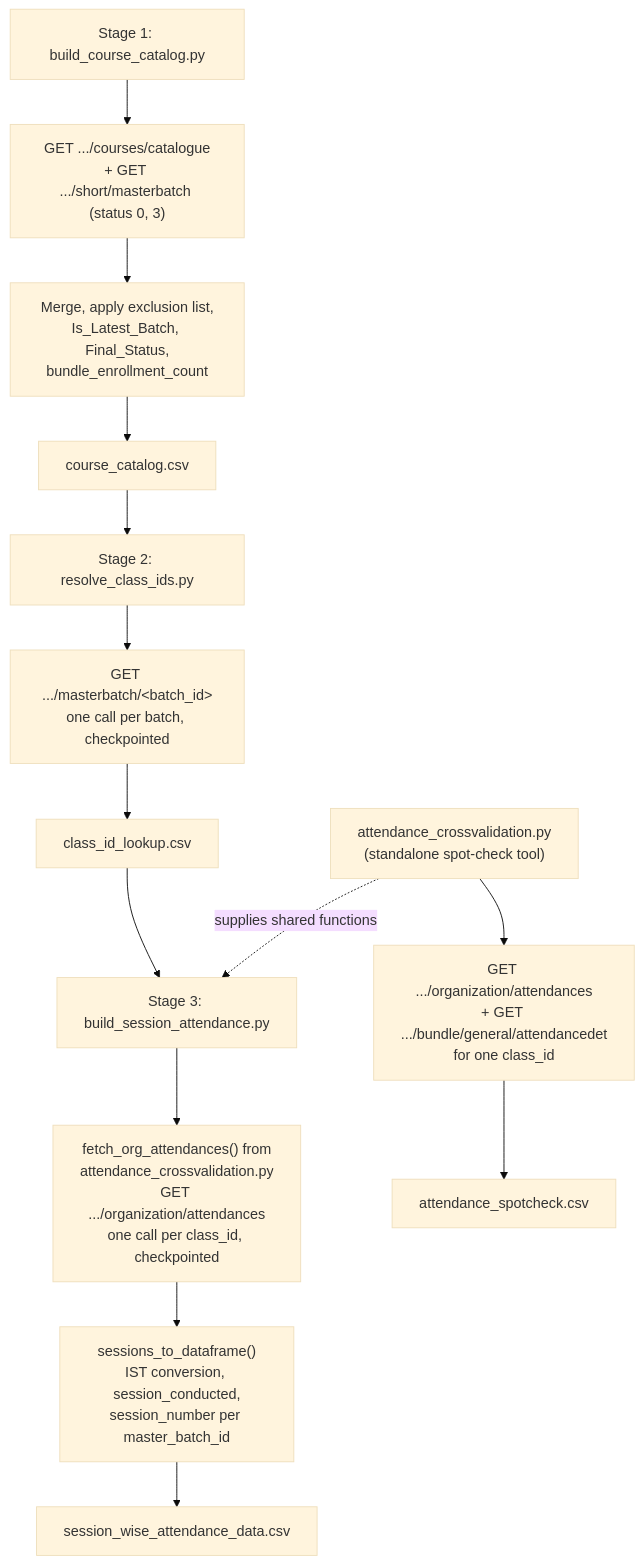
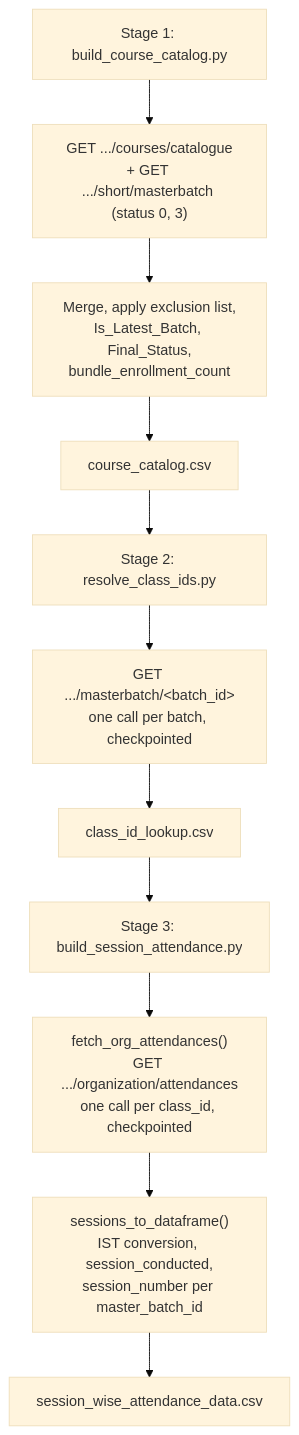
One commit to shubhamvyoma-oss/ela_datasets changed the diagram in session_wise_attendance/SESSION_WISE_ATTENDANCE.md. Above: the diagram before and after it, drawn with Mermaid (base theme). The commit also changed other lines of this file and 14 other files, not shown here.

First line of the commit message:
session_wise_attendance: drop the standalone spot-check script, share resume/append helpers, vectorize Stage 1's two loops

````diff
--- a/session_wise_attendance/SESSION_WISE_ATTENDANCE.md
+++ b/session_wise_attendance/SESSION_WISE_ATTENDANCE.md
@@ -11,16 +11,13 @@
 ```mermaid
 flowchart TD
     A["Stage 1: build_course_catalog.py"] --> A1["GET .../courses/catalogue<br/>+ GET .../short/masterbatch (status 0, 3)"]
     A1 --> A2["Merge, apply exclusion list,<br/>Is_Latest_Batch, Final_Status,<br/>bundle_enrollment_count"]
     A2 --> A3[course_catalog.csv]
     A3 --> B["Stage 2: resolve_class_ids.py"]
     B --> B1["GET .../masterbatch/&lt;batch_id&gt;<br/>one call per batch, checkpointed"]
     B1 --> B2[class_id_lookup.csv]
     B2 --> C["Stage 3: build_session_attendance.py"]
-    C --> C1["fetch_org_attendances() from<br/>attendance_crossvalidation.py<br/>GET .../organization/attendances<br/>one call per class_id, checkpointed"]
+    C --> C1["fetch_org_attendances()<br/>GET .../organization/attendances<br/>one call per class_id, checkpointed"]
     C1 --> C2["sessions_to_dataframe()<br/>IST conversion, session_conducted,<br/>session_number per master_batch_id"]
     C2 --> C3[session_wise_attendance_data.csv]
-    D["attendance_crossvalidation.py<br/>(standalone spot-check tool)"] -.->|supplies shared functions| C
-    D --> D1["GET .../organization/attendances<br/>+ GET .../bundle/general/attendancedet<br/>for one class_id"]
-    D1 --> D2[attendance_spotcheck.csv]
 ```
````
